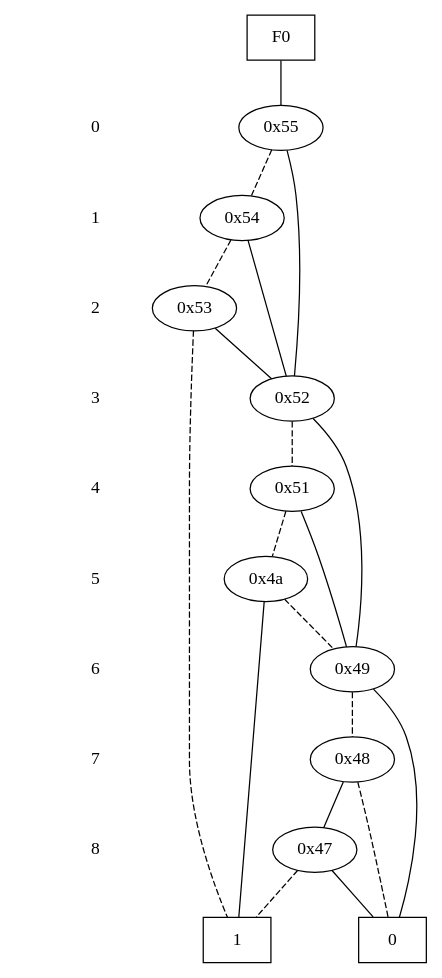
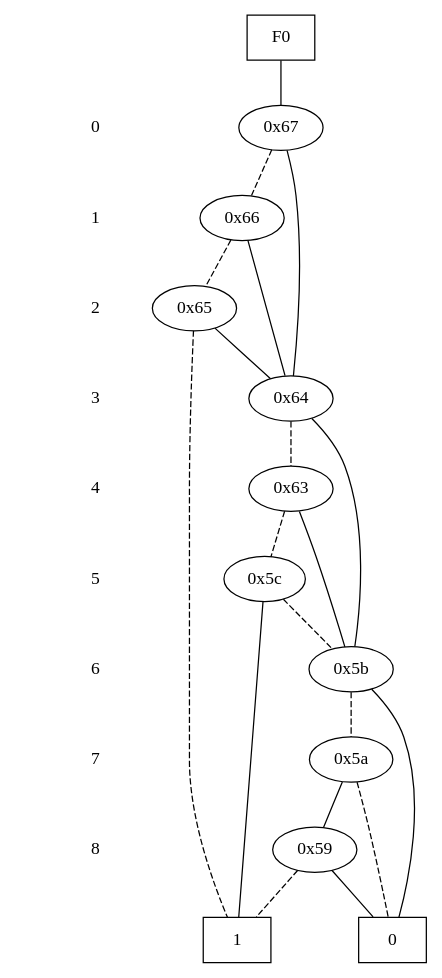
Before and after one commit to brewmaster011/bdd_generator: the diagram in bdd/graph.dot, drawn with Graphviz. The commit also changed 1 other file, not shown here.

Commit message:
fixed makefile and graphs

```diff
--- a/bdd/graph.dot
+++ b/bdd/graph.dot
@@ -1,65 +1,65 @@
 digraph "DD" {
 size = "7.5,10"
 center = true;
 edge [dir = none];
 { node [shape = plaintext];
   edge [style = invis];
   "CONST NODES" [style = invis];
 " 0 " -> " 1 " -> " 2 " -> " 3 " -> " 4 " -> " 5 " -> " 6 " -> " 7 " -> " 8 " -> "CONST NODES"; 
 }
 { rank = same; node [shape = box]; edge [style = invis];
 "F0"; }
 { rank = same; " 0 ";
-"0x55";
+"0x67";
 }
 { rank = same; " 1 ";
-"0x54";
+"0x66";
 }
 { rank = same; " 2 ";
-"0x53";
+"0x65";
 }
 { rank = same; " 3 ";
-"0x52";
+"0x64";
 }
 { rank = same; " 4 ";
-"0x51";
+"0x63";
 }
 { rank = same; " 5 ";
-"0x4a";
+"0x5c";
 }
 { rank = same; " 6 ";
-"0x49";
+"0x5b";
 }
 { rank = same; " 7 ";
-"0x48";
+"0x5a";
 }
 { rank = same; " 8 ";
-"0x47";
+"0x59";
 }
 { rank = same; "CONST NODES";
-{ node [shape = box]; "0x26";
-"0x25";
+{ node [shape = box]; "0x38";
+"0x37";
 }
 }
-"F0" -> "0x55" [style = solid];
-"0x55" -> "0x52";
-"0x55" -> "0x54" [style = dashed];
-"0x54" -> "0x52";
-"0x54" -> "0x53" [style = dashed];
-"0x53" -> "0x52";
-"0x53" -> "0x25" [style = dashed];
-"0x52" -> "0x49";
-"0x52" -> "0x51" [style = dashed];
-"0x51" -> "0x49";
-"0x51" -> "0x4a" [style = dashed];
-"0x4a" -> "0x25";
-"0x4a" -> "0x49" [style = dashed];
-"0x49" -> "0x26";
-"0x49" -> "0x48" [style = dashed];
-"0x48" -> "0x47";
-"0x48" -> "0x26" [style = dashed];
-"0x47" -> "0x26";
-"0x47" -> "0x25" [style = dashed];
-"0x26" [label = "0"];
-"0x25" [label = "1"];
+"F0" -> "0x67" [style = solid];
+"0x67" -> "0x64";
+"0x67" -> "0x66" [style = dashed];
+"0x66" -> "0x64";
+"0x66" -> "0x65" [style = dashed];
+"0x65" -> "0x64";
+"0x65" -> "0x37" [style = dashed];
+"0x64" -> "0x5b";
+"0x64" -> "0x63" [style = dashed];
+"0x63" -> "0x5b";
+"0x63" -> "0x5c" [style = dashed];
+"0x5c" -> "0x37";
+"0x5c" -> "0x5b" [style = dashed];
+"0x5b" -> "0x38";
+"0x5b" -> "0x5a" [style = dashed];
+"0x5a" -> "0x59";
+"0x5a" -> "0x38" [style = dashed];
+"0x59" -> "0x38";
+"0x59" -> "0x37" [style = dashed];
+"0x38" [label = "0"];
+"0x37" [label = "1"];
 }
```
